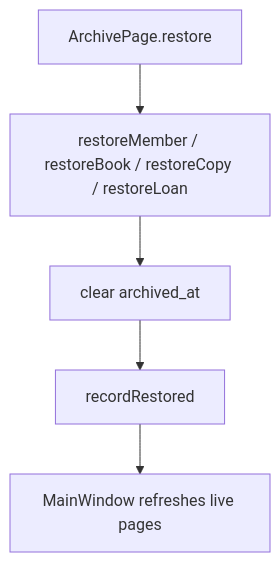
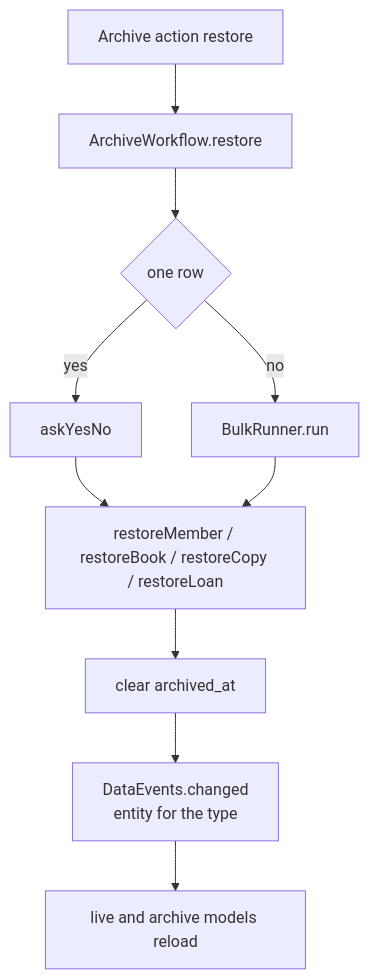
Diagram 27 of 28 in docs/architecture/beta-uml.md (medaminben/VLMS), drawn with Mermaid before and after one commit. The commit also changed other lines of this file, not shown here.

First line of the commit message:
Refresh the Beta UML for the frontend redesign.

````diff
--- a/docs/architecture/beta-uml.md
+++ b/docs/architecture/beta-uml.md
@@ -845,7 +1003,12 @@
 ```mermaid
 flowchart TD
-    A[ArchivePage.restore] --> R[restoreMember / restoreBook / restoreCopy / restoreLoan]
+    A[Archive action restore] --> W[ArchiveWorkflow.restore]
+    W --> N{one row}
+    N -->|yes| Q[askYesNo]
+    Q --> R[restoreMember / restoreBook / restoreCopy / restoreLoan]
+    N -->|no| BR[BulkRunner.run]
+    BR --> R
     R --> S[clear archived_at]
-    S --> E[recordRestored]
-    E --> MW[MainWindow refreshes live pages]
+    S --> EV[DataEvents.changed<br/>entity for the type]
+    EV --> L[live and archive models reload]
 ```
````
